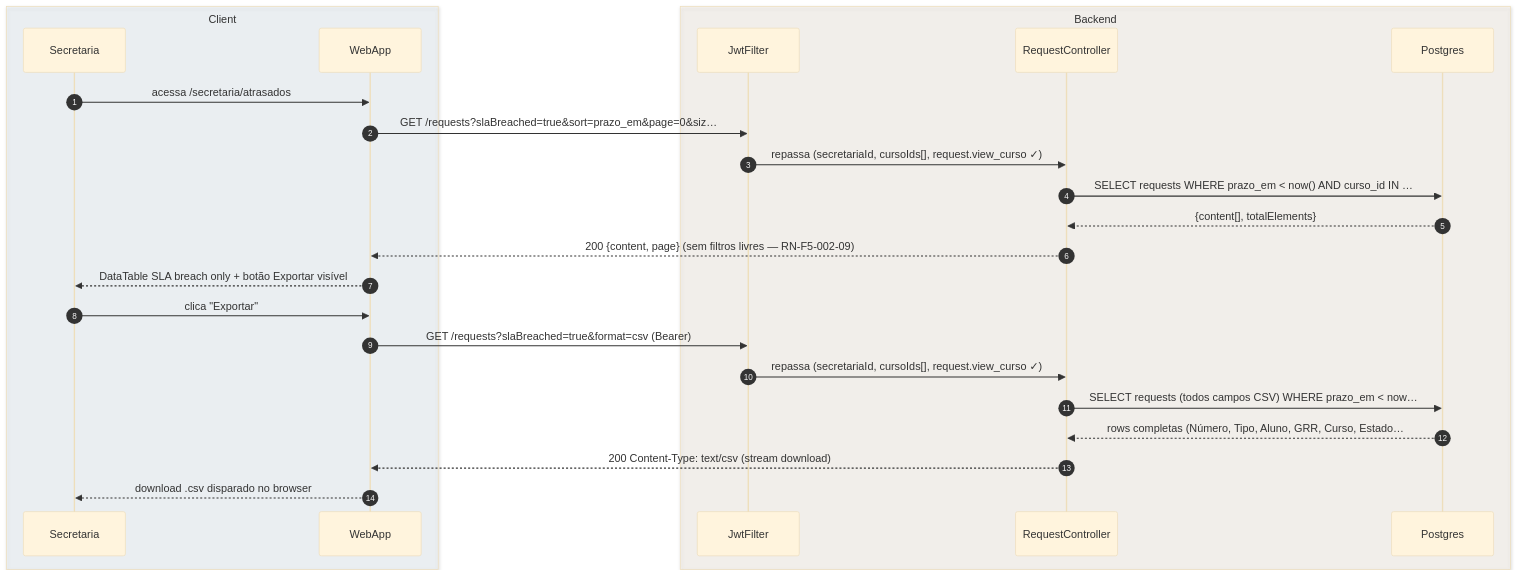
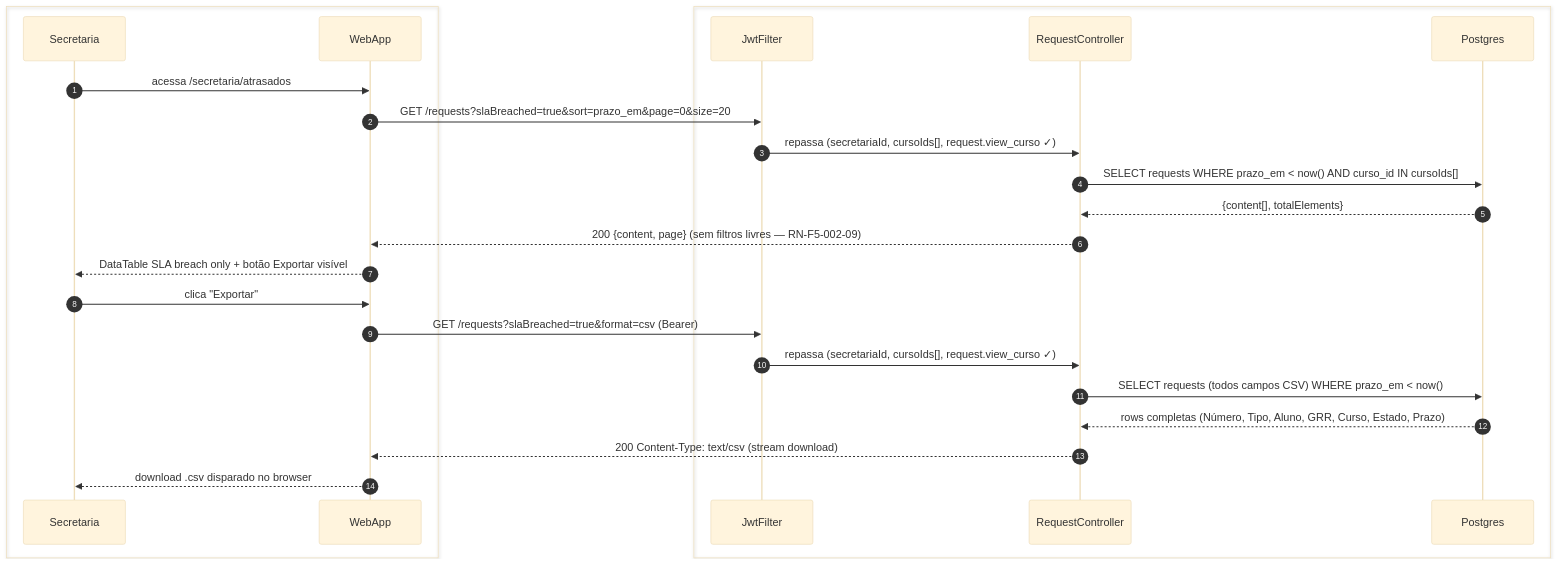
Before and after one commit to umishell/secretariaOnline2: the fifth of 7 diagrams in foundationDocs/sequenceDiagrams/F5 — Secretaria/US-F5-002-SOLICITACOES.md, drawn with Mermaid (base theme). The commit also changed other lines of this file and 70 other files, not shown here.

First line of the commit message:
Enhance database documentation and introduce new schema files

````diff
--- a/foundationDocs/sequenceDiagrams/F5 — Secretaria/US-F5-002-SOLICITACOES.md
+++ b/foundationDocs/sequenceDiagrams/F5 — Secretaria/US-F5-002-SOLICITACOES.md
@@ -231,28 +231,28 @@
 ```mermaid
 sequenceDiagram
     autonumber
-    box rgba(230,245,255,0.3) Client
+    box #e8f4fc Cliente
         participant Secretaria
         participant WebApp
     end
-    box rgba(255,245,230,0.3) Backend
+    box #fff8ee Servidor
         participant JwtFilter
         participant RequestController
         participant Postgres
     end
 
     Secretaria->>WebApp: acessa /secretaria/atrasados
-    WebApp->>JwtFilter: GET /requests?slaBreached=true&sort=prazo_em&page=0&siz…
+    WebApp->>JwtFilter: GET /requests?slaBreached=true&sort=prazo_em&page=0&size=20
     JwtFilter->>RequestController: repassa (secretariaId, cursoIds[], request.view_curso ✓)
-    RequestController->>Postgres: SELECT requests WHERE prazo_em < now() AND curso_id IN …
+    RequestController->>Postgres: SELECT requests WHERE prazo_em < now() AND curso_id IN cursoIds[]
     Postgres-->>RequestController: {content[], totalElements}
     RequestController-->>WebApp: 200 {content, page} (sem filtros livres — RN-F5-002-09)
     WebApp-->>Secretaria: DataTable SLA breach only + botão Exportar visível
     Secretaria->>WebApp: clica "Exportar"
     WebApp->>JwtFilter: GET /requests?slaBreached=true&format=csv (Bearer)
     JwtFilter->>RequestController: repassa (secretariaId, cursoIds[], request.view_curso ✓)
-    RequestController->>Postgres: SELECT requests (todos campos CSV) WHERE prazo_em < now…
-    Postgres-->>RequestController: rows completas (Número, Tipo, Aluno, GRR, Curso, Estado…
+    RequestController->>Postgres: SELECT requests (todos campos CSV) WHERE prazo_em < now()
+    Postgres-->>RequestController: rows completas (Número, Tipo, Aluno, GRR, Curso, Estado, Prazo)
     RequestController-->>WebApp: 200 Content-Type: text/csv (stream download)
     WebApp-->>Secretaria: download .csv disparado no browser
 ```
````
